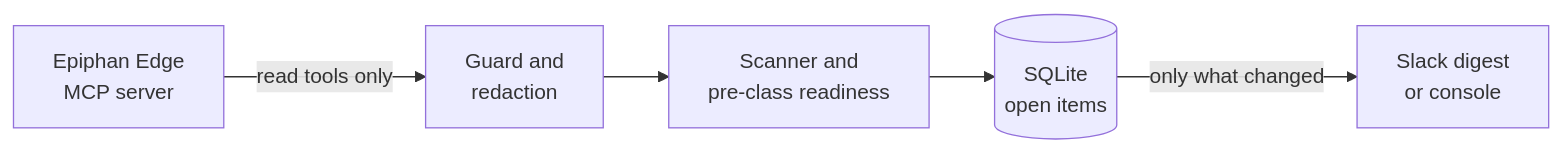
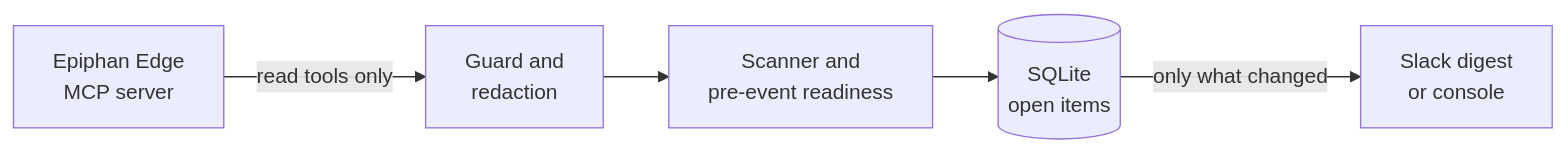
One commit to ScientiaCapital/fleetwatch changed the diagram in docs/index.md. Above: the diagram before and after it, drawn with Mermaid. The commit also changed other lines of this file and 16 other files, not shown here.

````diff
--- a/docs/index.md
+++ b/docs/index.md
@@ -9,7 +9,7 @@
 ```mermaid
 flowchart LR
   E[Epiphan Edge<br/>MCP server] -->|read tools only| G[Guard and<br/>redaction]
-  G --> S[Scanner and<br/>pre-class readiness]
+  G --> S[Scanner and<br/>pre-event readiness]
   S --> D[(SQLite<br/>open items)]
   D -->|only what changed| N[Slack digest<br/>or console]
 ```
````
